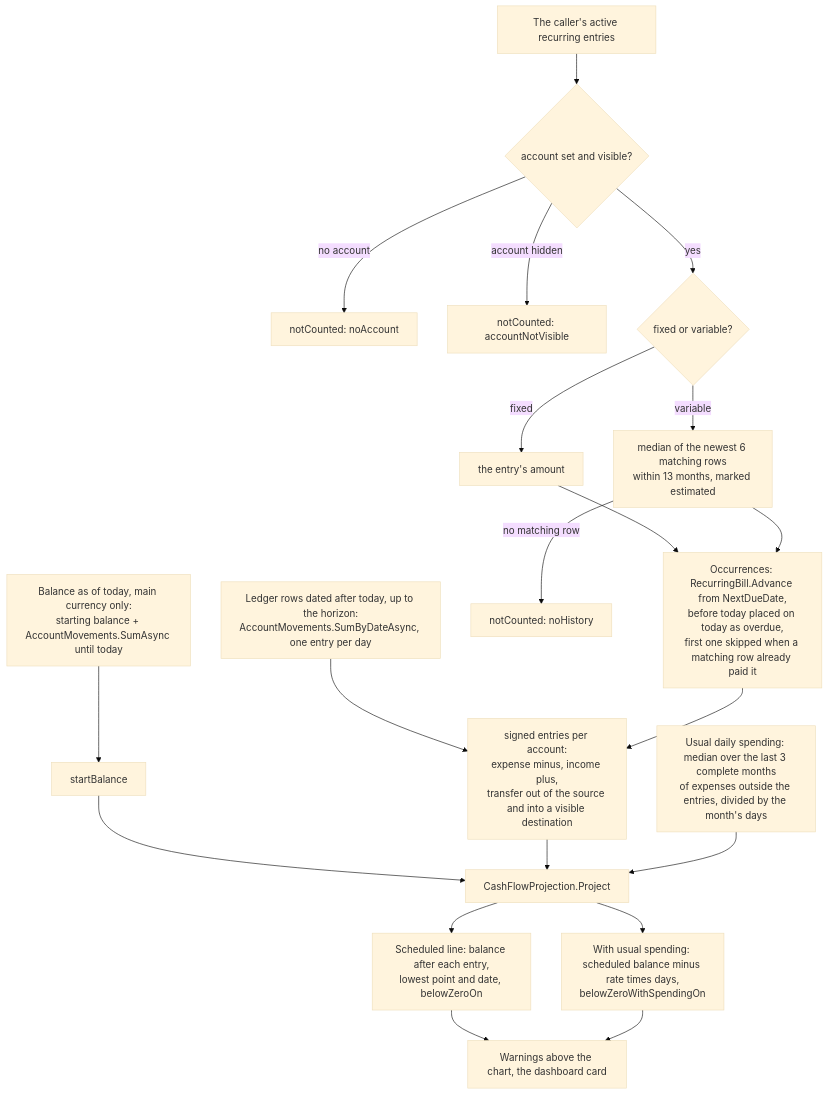
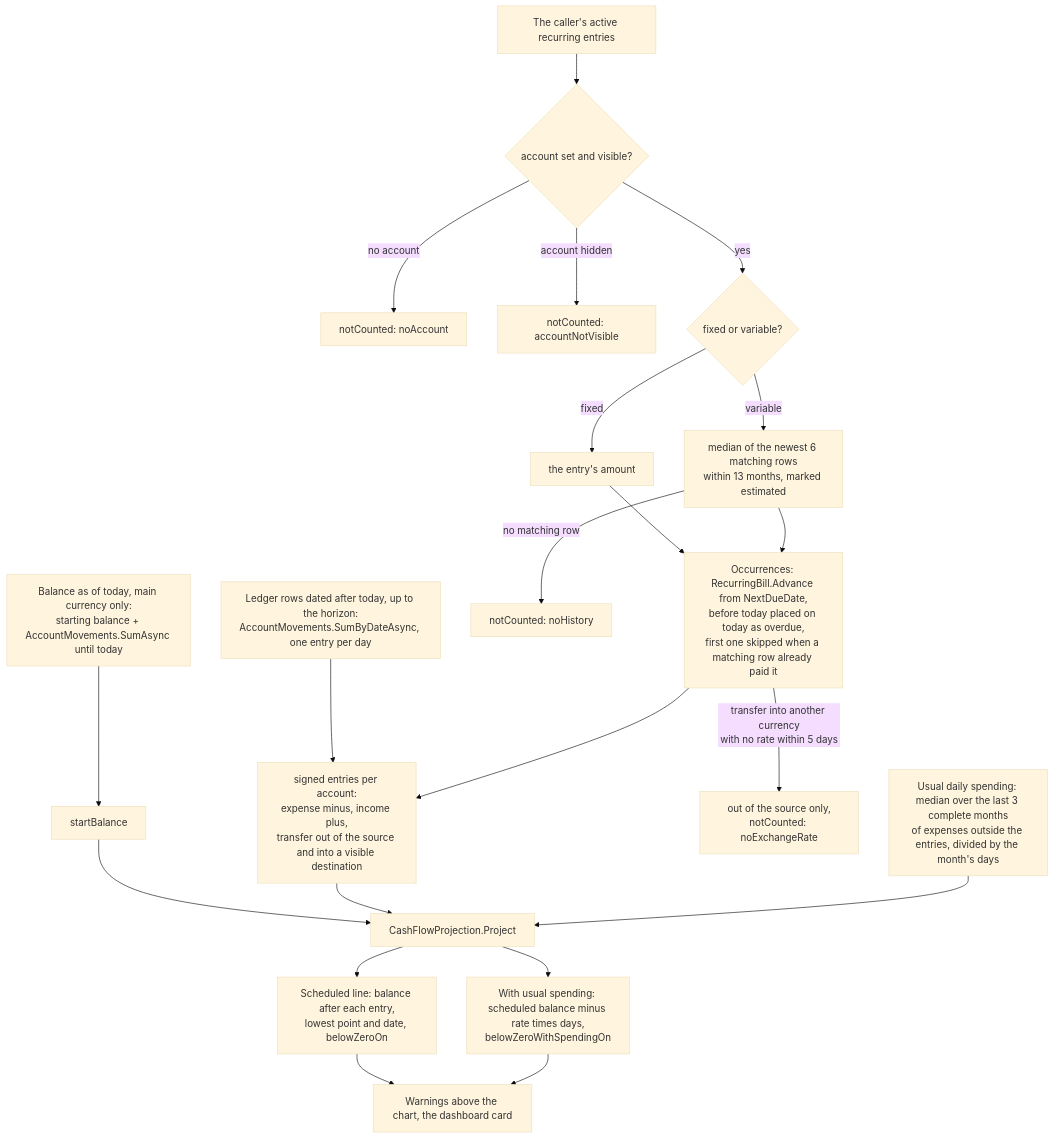
One commit to Justxs/Jx-Finance changed the diagram in docs/features/cash-flow-forecast.md. Above: the diagram before and after it, drawn with Mermaid (base theme). The commit also changed 62 other files, not shown here.

````diff
--- a/docs/features/cash-flow-forecast.md
+++ b/docs/features/cash-flow-forecast.md
@@ -9,22 +9,23 @@
 ```mermaid
 flowchart TD
     Bal["Balance as of today, main currency only:<br/>starting balance + AccountMovements.SumAsync until today"] --> Start["startBalance"]
     Future["Ledger rows dated after today, up to the horizon:<br/>AccountMovements.SumByDateAsync, one entry per day"] --> Changes
     Bills["The caller's active recurring entries"] --> Place{"account set and visible?"}
     Place -->|"no account"| NC["notCounted: noAccount"]
     Place -->|"account hidden"| NC2["notCounted: accountNotVisible"]
     Place -->|"yes"| Amount{"fixed or variable?"}
     Amount -->|"fixed"| Fixed["the entry's amount"]
     Amount -->|"variable"| Est["median of the newest 6 matching rows<br/>within 13 months, marked estimated"]
     Est -->|"no matching row"| NC3["notCounted: noHistory"]
     Fixed --> Occ["Occurrences: RecurringBill.Advance from NextDueDate,<br/>before today placed on today as overdue,<br/>first one skipped when a matching row already paid it"]
     Est --> Occ
     Occ --> Changes["signed entries per account:<br/>expense minus, income plus,<br/>transfer out of the source and into a visible destination"]
+    Occ -->|"transfer into another currency<br/>with no rate within 5 days"| NC4["out of the source only,<br/>notCounted: noExchangeRate"]
     Start --> Proj["CashFlowProjection.Project"]
     Changes --> Proj
     Usual["Usual daily spending: median over the last 3 complete months<br/>of expenses outside the entries, divided by the month's days"] --> Proj
     Proj --> Line1["Scheduled line: balance after each entry,<br/>lowest point and date, belowZeroOn"]
     Proj --> Line2["With usual spending: scheduled balance minus rate times days,<br/>belowZeroWithSpendingOn"]
     Line1 --> Warn["Warnings above the chart, the dashboard card"]
     Line2 --> Warn
 ```
````
